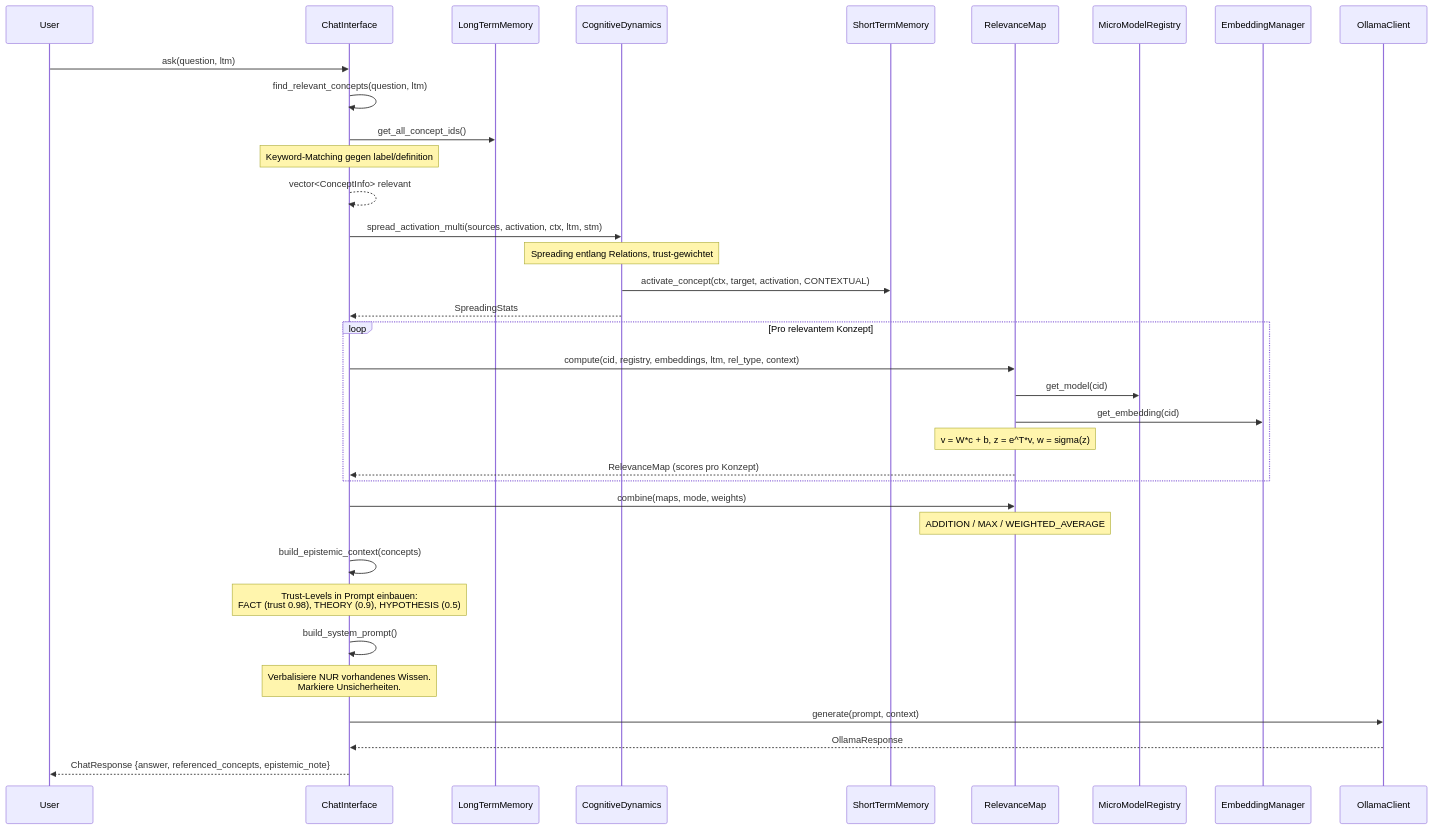
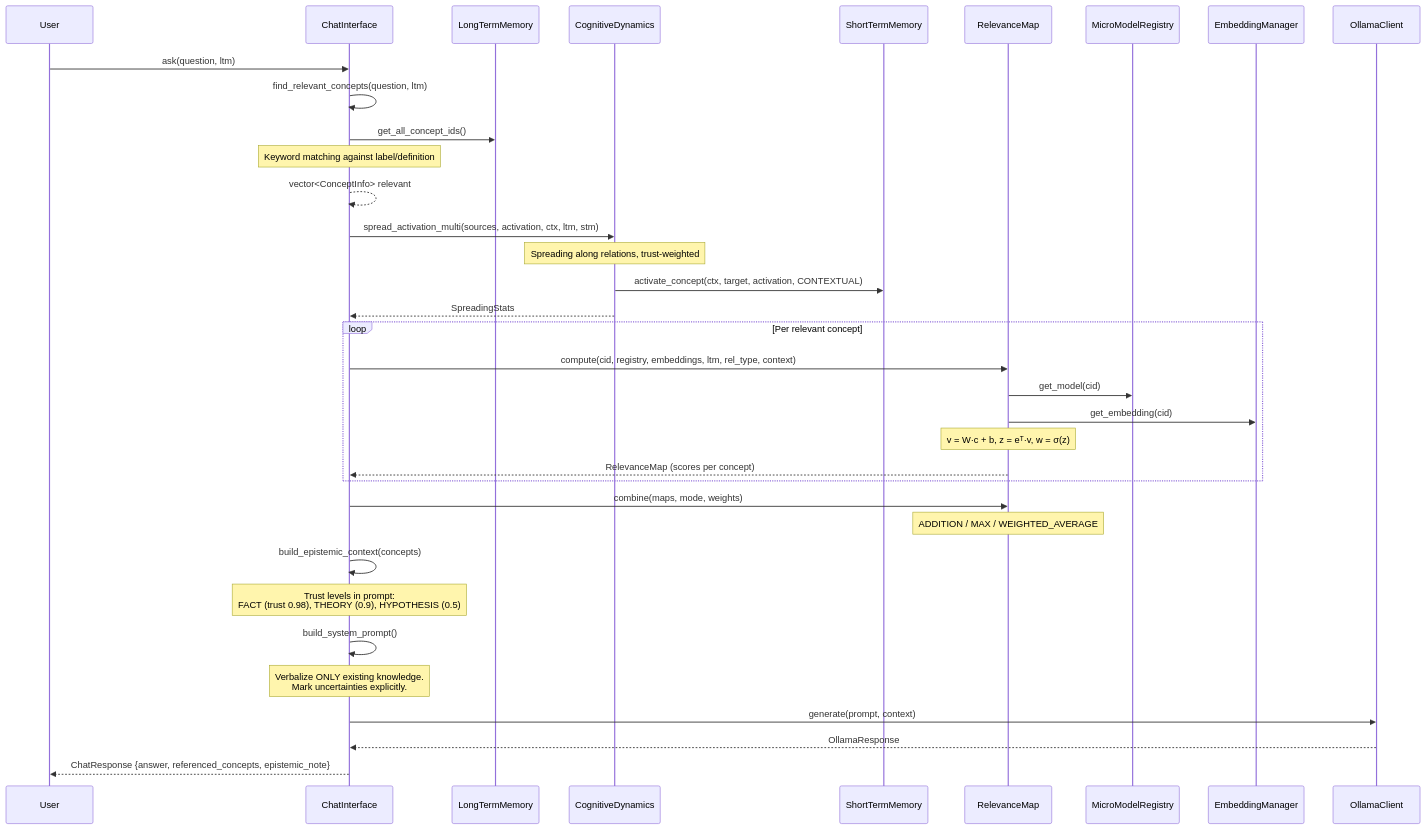
One commit to LtnNoob/Brain changed the fifth of 17 diagrams in docs/ARCHITECTURE_DIAGRAMS.md. Above: the diagram before and after it, drawn with Mermaid. The commit also changed other lines of this file and 121 other files, not shown here.

First line of the commit message:
feat: Graph Architecture Refactor - Integration Plan implementation

````diff
--- a/docs/ARCHITECTURE_DIAGRAMS.md
+++ b/docs/ARCHITECTURE_DIAGRAMS.md
@@ -138,46 +445,46 @@
 ```mermaid
 sequenceDiagram
     participant User
     participant CI as ChatInterface
     participant LTM as LongTermMemory
     participant CD as CognitiveDynamics
     participant STM as ShortTermMemory
     participant RM as RelevanceMap
     participant MR as MicroModelRegistry
     participant EM as EmbeddingManager
     participant OC as OllamaClient
 
     User->>CI: ask(question, ltm)
 
     CI->>CI: find_relevant_concepts(question, ltm)
     CI->>LTM: get_all_concept_ids()
-    Note over CI: Keyword-Matching gegen label/definition
+    Note over CI: Keyword matching against label/definition
     CI-->>CI: vector<ConceptInfo> relevant
 
     CI->>CD: spread_activation_multi(sources, activation, ctx, ltm, stm)
-    Note over CD: Spreading entlang Relations, trust-gewichtet
+    Note over CD: Spreading along relations, trust-weighted
     CD->>STM: activate_concept(ctx, target, activation, CONTEXTUAL)
     CD-->>CI: SpreadingStats
 
-    loop Pro relevantem Konzept
+    loop Per relevant concept
         CI->>RM: compute(cid, registry, embeddings, ltm, rel_type, context)
         RM->>MR: get_model(cid)
         RM->>EM: get_embedding(cid)
-        Note over RM: v = W*c + b, z = e^T*v, w = sigma(z)
-        RM-->>CI: RelevanceMap (scores pro Konzept)
+        Note over RM: v = W·c + b, z = eᵀ·v, w = σ(z)
+        RM-->>CI: RelevanceMap (scores per concept)
     end
 
     CI->>RM: combine(maps, mode, weights)
     Note over RM: ADDITION / MAX / WEIGHTED_AVERAGE
 
     CI->>CI: build_epistemic_context(concepts)
-    Note over CI: Trust-Levels in Prompt einbauen:<br/>FACT (trust 0.98), THEORY (0.9), HYPOTHESIS (0.5)
+    Note over CI: Trust levels in prompt:<br/>FACT (trust 0.98), THEORY (0.9), HYPOTHESIS (0.5)
 
     CI->>CI: build_system_prompt()
-    Note over CI: Verbalisiere NUR vorhandenes Wissen.<br/>Markiere Unsicherheiten.
+    Note over CI: Verbalize ONLY existing knowledge.<br/>Mark uncertainties explicitly.
 
     CI->>OC: generate(prompt, context)
     OC-->>CI: OllamaResponse
 
     CI-->>User: ChatResponse {answer, referenced_concepts, epistemic_note}
 ```
````
